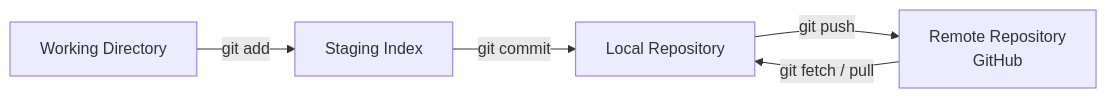
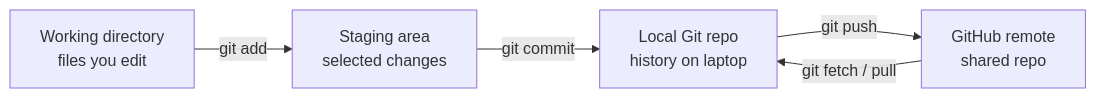
Before and after one commit to sanand0/tools-in-data-science-public: the first of 4 diagrams in 2026-02/docs/week-1/04-git-github.md, drawn with Mermaid. The commit also changed other lines of this file and 50 other files, not shown here.

````diff
--- a/2026-02/docs/week-1/04-git-github.md
+++ b/2026-02/docs/week-1/04-git-github.md
@@ -10,7 +5,7 @@
 ```mermaid
-graph LR
-    A[Working Directory] -->|git add| B[Staging Index]
-    B -->|git commit| C[Local Repository]
-    C -->|git push| D[Remote Repository<br/>GitHub]
+flowchart LR
+    A[Working directory<br/>files you edit] -->|git add| B[Staging area<br/>selected changes]
+    B -->|git commit| C[Local Git repo<br/>history on laptop]
+    C -->|git push| D[GitHub remote<br/>shared repo]
     D -->|git fetch / pull| C
 ```
````
